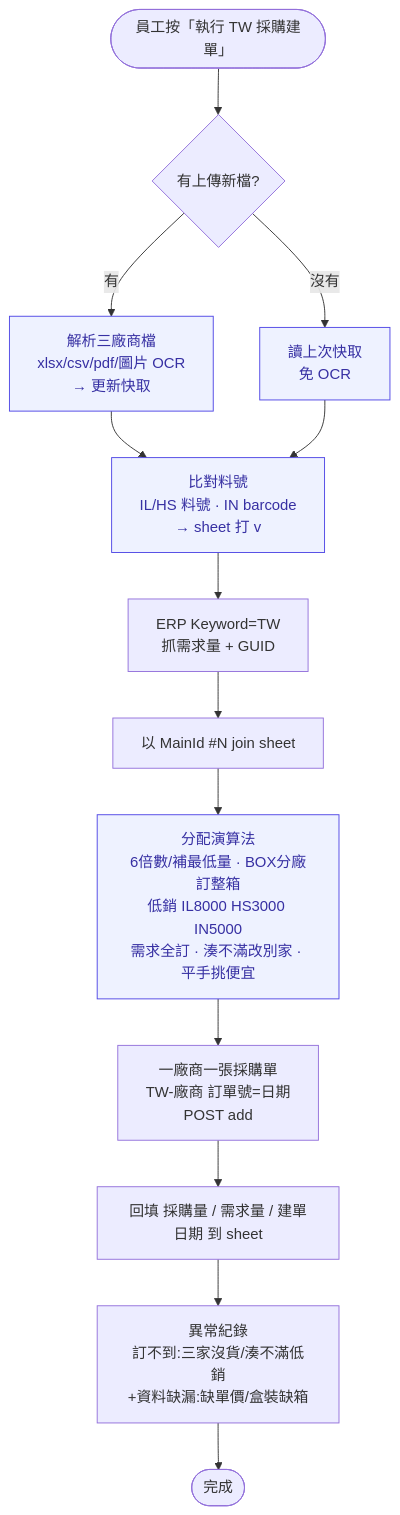
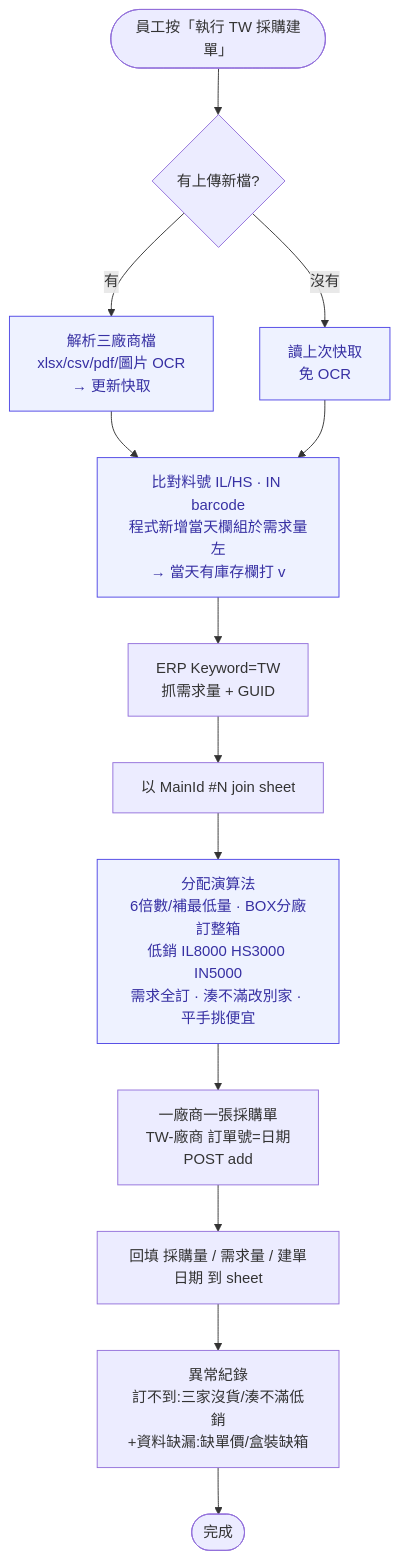
One commit to mamiclores-cloud/Justin-ERP-purchase changed the fifth of 6 diagrams in README.md. Above: the diagram before and after it, drawn with Mermaid. The commit also changed other lines of this file and 6 other files, not shown here.

````diff
--- a/README.md
+++ b/README.md
@@ -340,18 +340,18 @@
 ```mermaid
 flowchart TD
     Start([員工按「執行 TW 採購建單」]) --> Up{有上傳新檔?}
     Up -->|有| Parse[解析三廠商檔<br/>xlsx/csv/pdf/圖片 OCR<br/>→ 更新快取]
     Up -->|沒有| Cache[讀上次快取<br/>免 OCR]
-    Parse --> WriteV[比對料號<br/>IL/HS 料號 · IN barcode<br/>→ sheet 打 v]
+    Parse --> WriteV[比對料號 IL/HS · IN barcode<br/>程式新增當天欄組於需求量左<br/>→ 當天有庫存欄打 v]
     Cache --> WriteV
     WriteV --> Demand[ERP Keyword=TW<br/>抓需求量 + GUID]
     Demand --> Join[以 MainId #N join sheet]
     Join --> Alloc[分配演算法<br/>6倍數/補最低量 · BOX分廠訂整箱<br/>低銷 IL8000 HS3000 IN5000<br/>需求全訂 · 湊不滿改別家 · 平手挑便宜]
     Alloc --> PO[一廠商一張採購單<br/>TW-廠商 訂單號=日期<br/>POST add]
     PO --> Back[回填 採購量 / 需求量 / 建單日期 到 sheet]
     Back --> Anom[異常紀錄<br/>訂不到:三家沒貨/湊不滿低銷<br/>+資料缺漏:缺單價/盒裝缺箱]
     Anom --> End([完成])
 
     classDef a fill:#eef2ff,stroke:#4f46e5,color:#3730a3
     class Parse,Cache,WriteV,Alloc a
 ```
````
